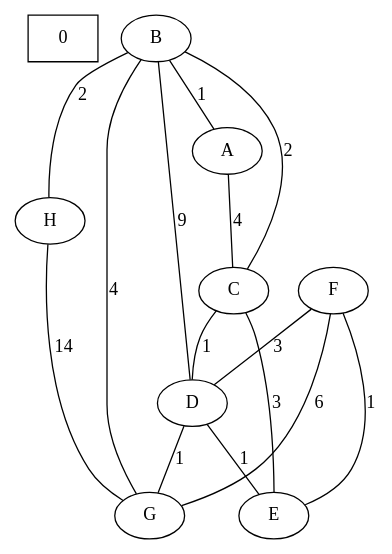
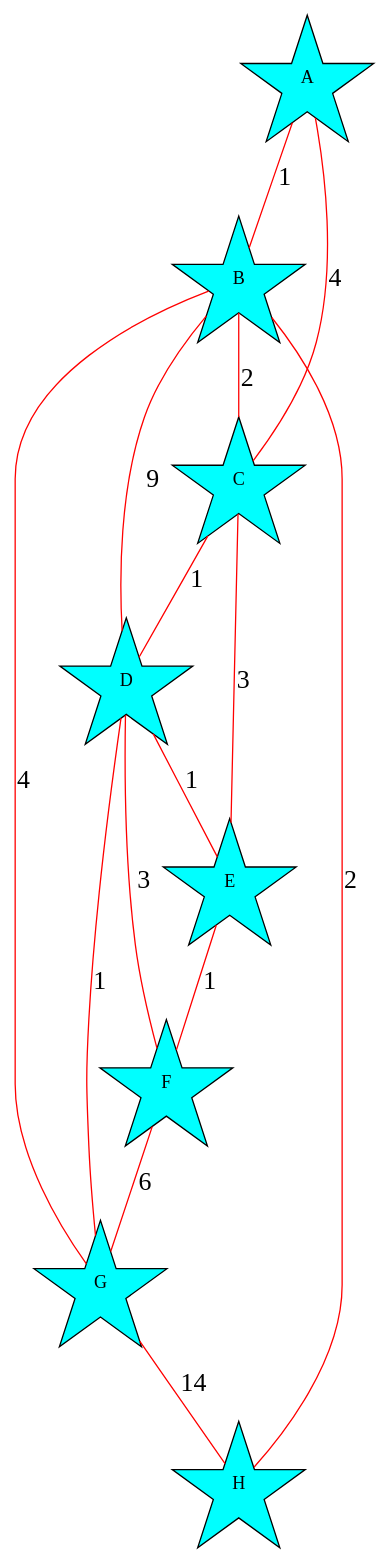
Before and after one commit to PoseidonEnRT/graphes: the diagram in g3.dot, drawn with Graphviz. The commit also changed 5 other files, not shown here.

```diff
--- a/g3.dot
+++ b/g3.dot
@@ -1,17 +1,18 @@
 graph {
-0 [shape="box"];
-B--G [label="4"];
-B--H [label="2"];
-B--A [label="1"];
-A--C [label="4"];
-B--C [label="2"];
-C--D [label="1"];
-B--D [label="9"];
-D--G [label="1"];
-H--G [label="14"];
-F--G [label="6"];
-F--D [label="3"];
-F--E [label="1"];
-E--C [label="3"];
-D--E [label="1"];
+node [shape="star" style="filled" fillcolor="aqua"];
+edge [fontsize="20pt" color="red"];
+A -- C [label="4"];
+A -- B [label="1"];
+B -- C [label="2"];
+B -- D [label="9"];
+B -- G [label="4"];
+B -- H [label="2"];
+C -- D [label="1"];
+C -- E [label="3"];
+D -- E [label="1"];
+D -- G [label="1"];
+D -- F [label="3"];
+E -- F [label="1"];
+F -- G [label="6"];
+G -- H [label="14"];
 }
```
